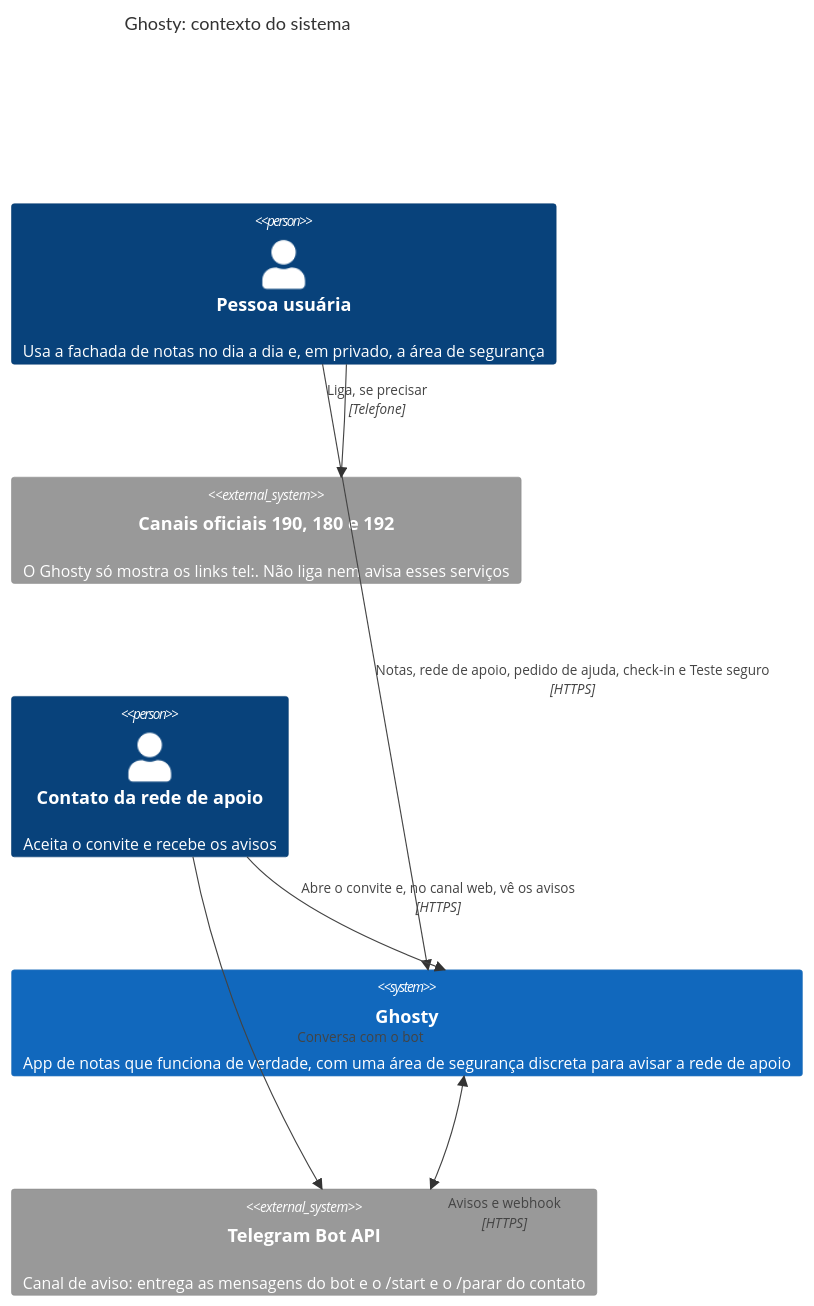
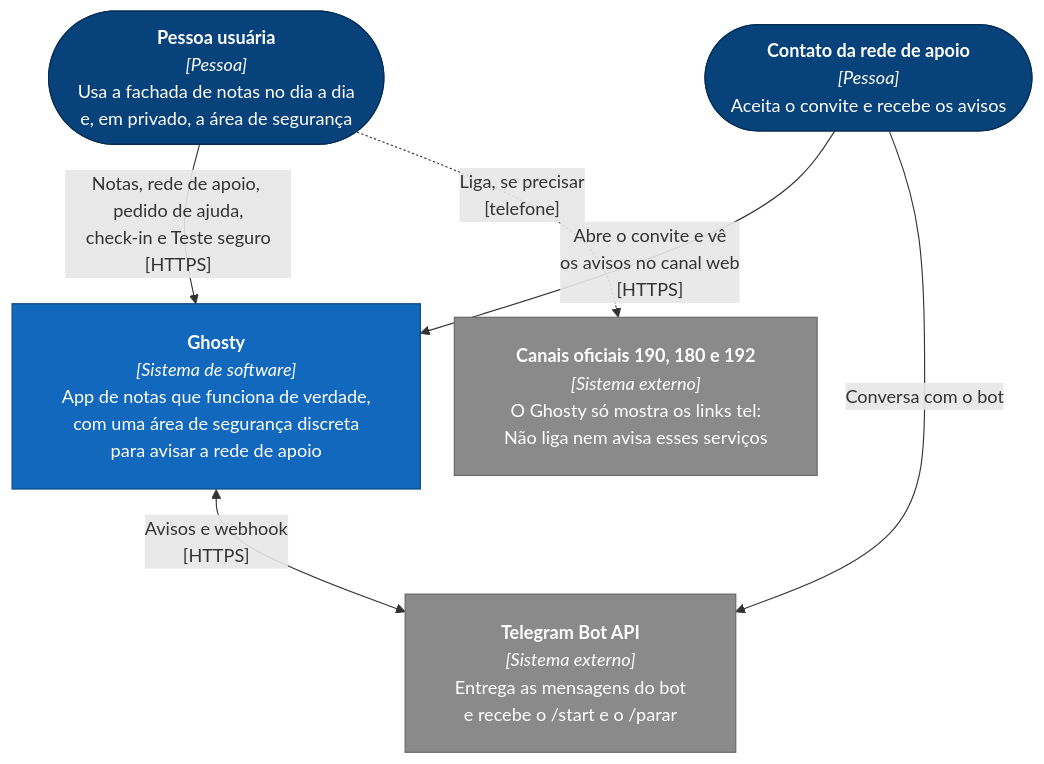
The first of 6 diagrams in ghosty-docs/c4/README.md (Carloslgp/Ghosty_App_Web), drawn with Mermaid before and after one commit. The commit also changed other lines of this file and 3 other files, not shown here.

First line of the commit message:
docs(DOC-05): diagramas do C4 e de sequência sem sobreposição no PDF

````diff
--- a/ghosty-docs/c4/README.md
+++ b/ghosty-docs/c4/README.md
@@ -7,21 +9,26 @@
 ```mermaid
-C4Context
-  title Ghosty: contexto do sistema
+---
+config:
+  flowchart:
+    wrappingWidth: 420
+    nodeSpacing: 30
+    rankSpacing: 45
+    padding: 22
+---
+flowchart TB
+  classDef person fill:#08427b,stroke:#052e56,color:#fff
+  classDef system fill:#1168bd,stroke:#0b4884,color:#fff
+  classDef external fill:#8a8a8a,stroke:#666,color:#fff
 
-  Person(user, "Pessoa usuária", "Usa a fachada de notas no dia a dia e, em privado, a área de segurança")
-  System_Ext(official, "Canais oficiais 190, 180 e 192", "O Ghosty só mostra os links tel:. Não liga nem avisa esses serviços")
-  Person(contact, "Contato da rede de apoio", "Aceita o convite e recebe os avisos")
-  System(ghosty, "Ghosty", "App de notas que funciona de verdade, com uma área de segurança discreta para avisar a rede de apoio")
-  System_Ext(telegram, "Telegram Bot API", "Canal de aviso: entrega as mensagens do bot e o /start e o /parar do contato")
+  user(["<b>Pessoa usuária</b><br><i>[Pessoa]</i><br>Usa a fachada de notas no dia a dia<br>e, em privado, a área de segurança"]):::person
+  contact(["<b>Contato da rede de apoio</b><br><i>[Pessoa]</i><br>Aceita o convite e recebe os avisos"]):::person
+  ghosty["<b>Ghosty</b><br><i>[Sistema de software]</i><br>App de notas que funciona de verdade,<br>com uma área de segurança discreta<br>para avisar a rede de apoio"]:::system
+  official["<b>Canais oficiais 190, 180 e 192</b><br><i>[Sistema externo]</i><br>O Ghosty só mostra os links tel:<br>Não liga nem avisa esses serviços"]:::external
+  telegram["<b>Telegram Bot API</b><br><i>[Sistema externo]</i><br>Entrega as mensagens do bot<br>e recebe o /start e o /parar"]:::external
 
-  Rel(user, ghosty, "Notas, rede de apoio, pedido de ajuda, check-in e Teste seguro", "HTTPS")
-  Rel(contact, ghosty, "Abre o convite e, no canal web, vê os avisos", "HTTPS")
-  BiRel(ghosty, telegram, "Avisos e webhook", "HTTPS")
-  Rel(contact, telegram, "Conversa com o bot")
-  Rel(user, official, "Liga, se precisar", "Telefone")
-  UpdateRelStyle(user, official, $offsetX="-15", $offsetY="-30")
-  UpdateRelStyle(ghosty, telegram, $offsetY="60")
-  UpdateRelStyle(contact, ghosty, $offsetX="-40", $offsetY="-25")
-  UpdateRelStyle(contact, telegram, $offsetX="35", $offsetY="10")
-  UpdateLayoutConfig($c4ShapeInRow="3", $c4BoundaryInRow="1")
+  user -->|"Notas, rede de apoio, pedido de ajuda,<br>check-in e Teste seguro<br>[HTTPS]"| ghosty
+  user -.->|"Liga, se precisar<br>[telefone]"| official
+  contact -->|"Abre o convite e vê<br>os avisos no canal web<br>[HTTPS]"| ghosty
+  contact -->|"Conversa com o bot"| telegram
+  ghosty <-->|"Avisos e webhook<br>[HTTPS]"| telegram
 ```
````
